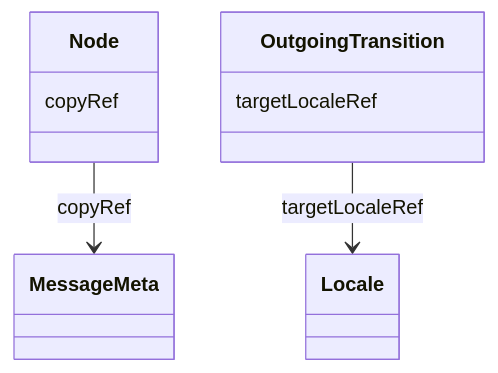
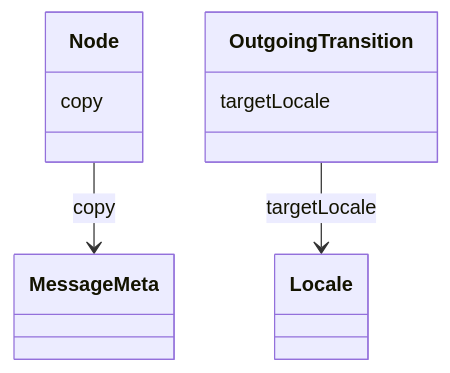
The fourth of 4 diagrams in specs/ed/modules/l10n/index.md (openuji/spec-ujg), drawn with Mermaid before and after one commit. The commit also changed other lines of this file and 370 other files, not shown here.

````diff
--- a/specs/ed/modules/l10n/index.md
+++ b/specs/ed/modules/l10n/index.md
@@ -114,13 +97,13 @@
 ```mermaid
 classDiagram
   class Node {
-    copyRef
+    copy
   }
   class MessageMeta
   class Locale
   class OutgoingTransition {
-    targetLocaleRef
+    targetLocale
   }
-  Node --> MessageMeta : copyRef
-  OutgoingTransition --> Locale : targetLocaleRef
+  Node --> MessageMeta : copy
+  OutgoingTransition --> Locale : targetLocale
 ```
````
